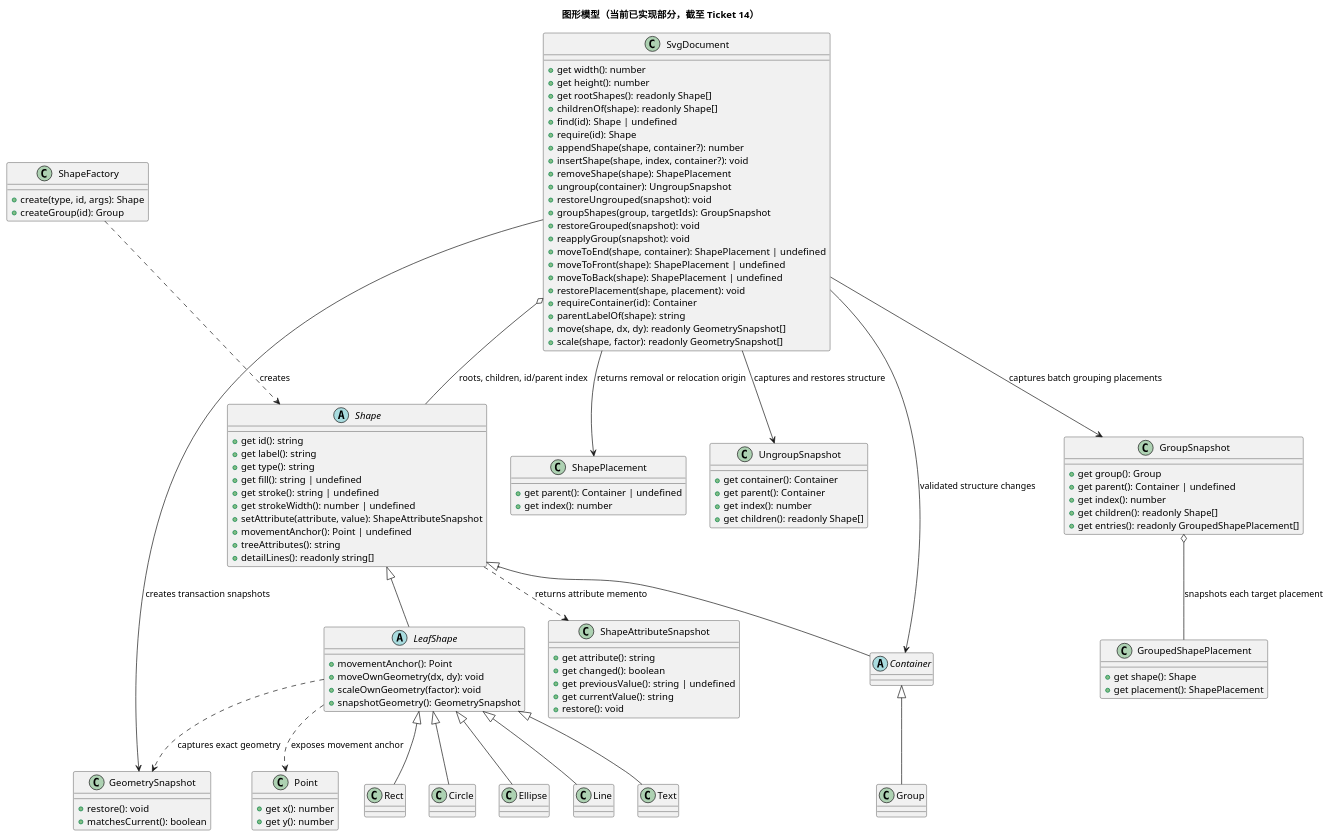
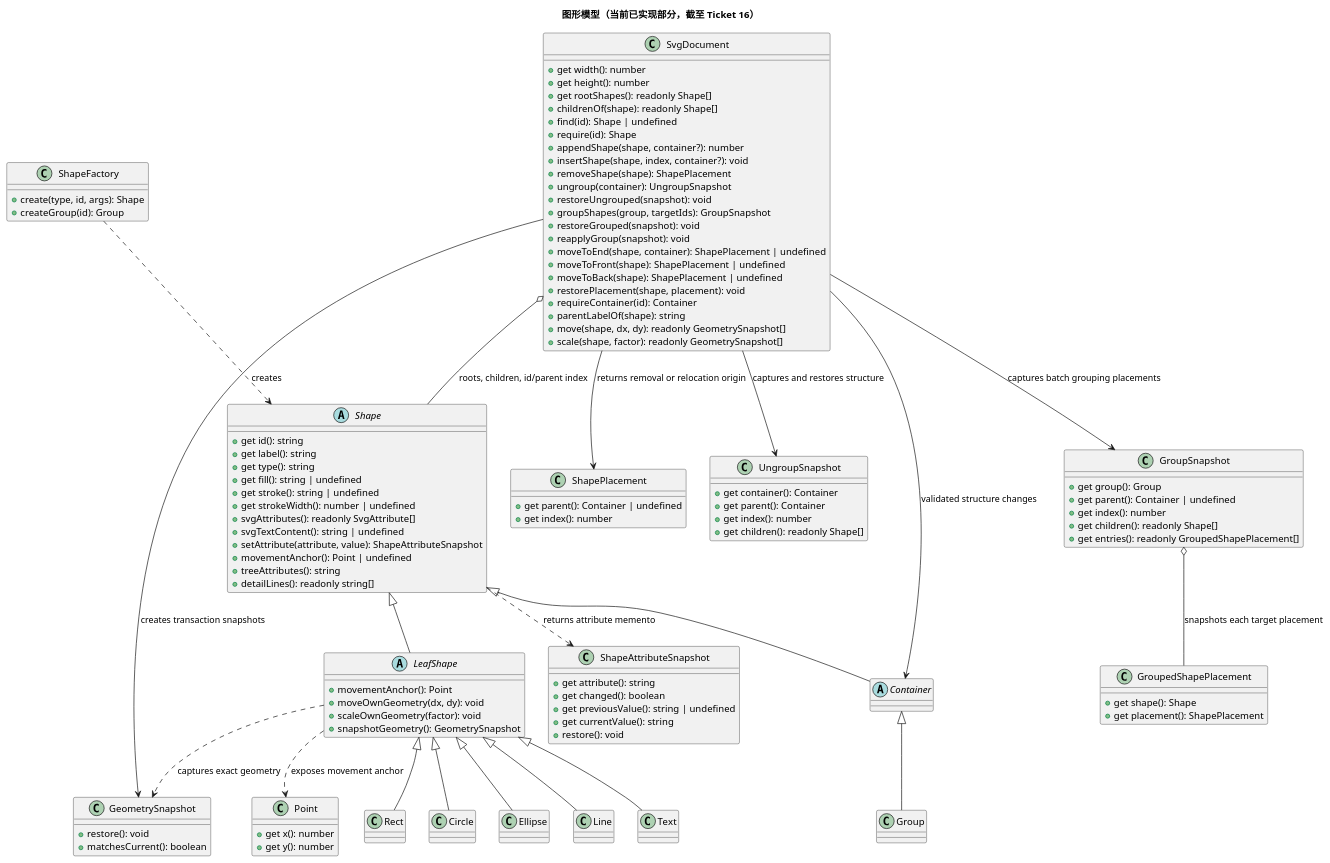
Before and after one commit to NQC233/svg-editor-lab1: the first of 2 diagrams in doc/class-model.puml, drawn with PlantUML. The commit also changed other lines of this file and 7 other files, not shown here.

```diff
--- a/doc/class-model.puml
+++ b/doc/class-model.puml
@@ -1,124 +1,126 @@
 @startuml
-title 图形模型（当前已实现部分，截至 Ticket 14）
+title 图形模型（当前已实现部分，截至 Ticket 16）
 
 abstract class Shape {
   +get id(): string
   +get label(): string
   +get type(): string
   +get fill(): string | undefined
   +get stroke(): string | undefined
   +get strokeWidth(): number | undefined
+  +svgAttributes(): readonly SvgAttribute[]
+  +svgTextContent(): string | undefined
   +setAttribute(attribute, value): ShapeAttributeSnapshot
   +movementAnchor(): Point | undefined
   +treeAttributes(): string
   +detailLines(): readonly string[]
 }
 
 abstract class LeafShape {
   +movementAnchor(): Point
   +moveOwnGeometry(dx, dy): void
   +scaleOwnGeometry(factor): void
   +snapshotGeometry(): GeometrySnapshot
 }
 
 abstract class Container
 
 class Group
 class Rect
 class Circle
 class Ellipse
 class Line
 class Text
 class GeometrySnapshot {
   +restore(): void
   +matchesCurrent(): boolean
 }
 
 class ShapeAttributeSnapshot {
   +get attribute(): string
   +get changed(): boolean
   +get previousValue(): string | undefined
   +get currentValue(): string
   +restore(): void
 }
 
 class Point {
   +get x(): number
   +get y(): number
 }
 
 class ShapePlacement {
   +get parent(): Container | undefined
   +get index(): number
 }
 
 class UngroupSnapshot {
   +get container(): Container
   +get parent(): Container
   +get index(): number
   +get children(): readonly Shape[]
 }
 
 class GroupSnapshot {
   +get group(): Group
   +get parent(): Container | undefined
   +get index(): number
   +get children(): readonly Shape[]
   +get entries(): readonly GroupedShapePlacement[]
 }
 
 class GroupedShapePlacement {
   +get shape(): Shape
   +get placement(): ShapePlacement
 }
 
 class SvgDocument {
   +get width(): number
   +get height(): number
   +get rootShapes(): readonly Shape[]
   +childrenOf(shape): readonly Shape[]
   +find(id): Shape | undefined
   +require(id): Shape
   +appendShape(shape, container?): number
   +insertShape(shape, index, container?): void
   +removeShape(shape): ShapePlacement
   +ungroup(container): UngroupSnapshot
   +restoreUngrouped(snapshot): void
   +groupShapes(group, targetIds): GroupSnapshot
   +restoreGrouped(snapshot): void
   +reapplyGroup(snapshot): void
   +moveToEnd(shape, container): ShapePlacement | undefined
   +moveToFront(shape): ShapePlacement | undefined
   +moveToBack(shape): ShapePlacement | undefined
   +restorePlacement(shape, placement): void
   +requireContainer(id): Container
   +parentLabelOf(shape): string
   +move(shape, dx, dy): readonly GeometrySnapshot[]
   +scale(shape, factor): readonly GeometrySnapshot[]
 }
 
 class ShapeFactory {
   +create(type, id, args): Shape
   +createGroup(id): Group
 }
 
 Shape <|-- LeafShape
 Shape <|-- Container
 Container <|-- Group
 LeafShape <|-- Rect
 LeafShape <|-- Circle
 LeafShape <|-- Ellipse
 LeafShape <|-- Line
 LeafShape <|-- Text
 SvgDocument o-- Shape : roots, children, id/parent index
 SvgDocument --> Container : validated structure changes
 SvgDocument --> GeometrySnapshot : creates transaction snapshots
 SvgDocument --> ShapePlacement : returns removal or relocation origin
 SvgDocument --> UngroupSnapshot : captures and restores structure
 SvgDocument --> GroupSnapshot : captures batch grouping placements
 GroupSnapshot o-- GroupedShapePlacement : snapshots each target placement
 LeafShape ..> GeometrySnapshot : captures exact geometry
 LeafShape ..> Point : exposes movement anchor
 ShapeFactory ..> Shape : creates
 Shape ..> ShapeAttributeSnapshot : returns attribute memento
 @enduml
```
